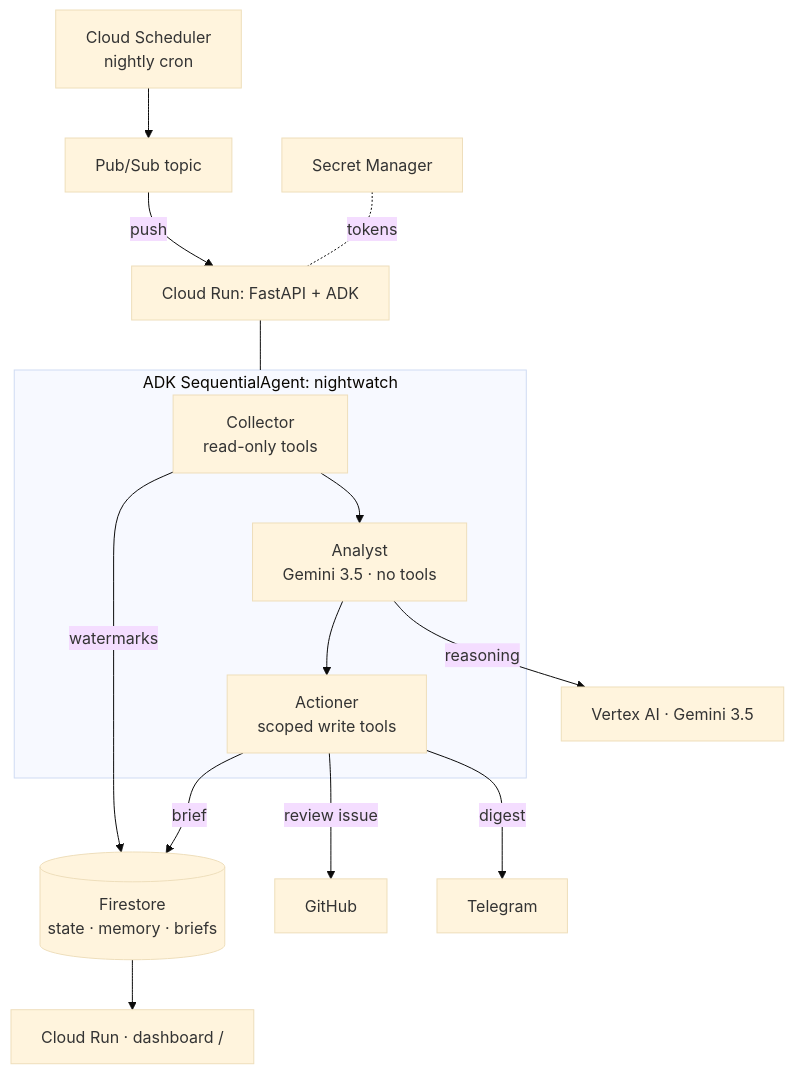
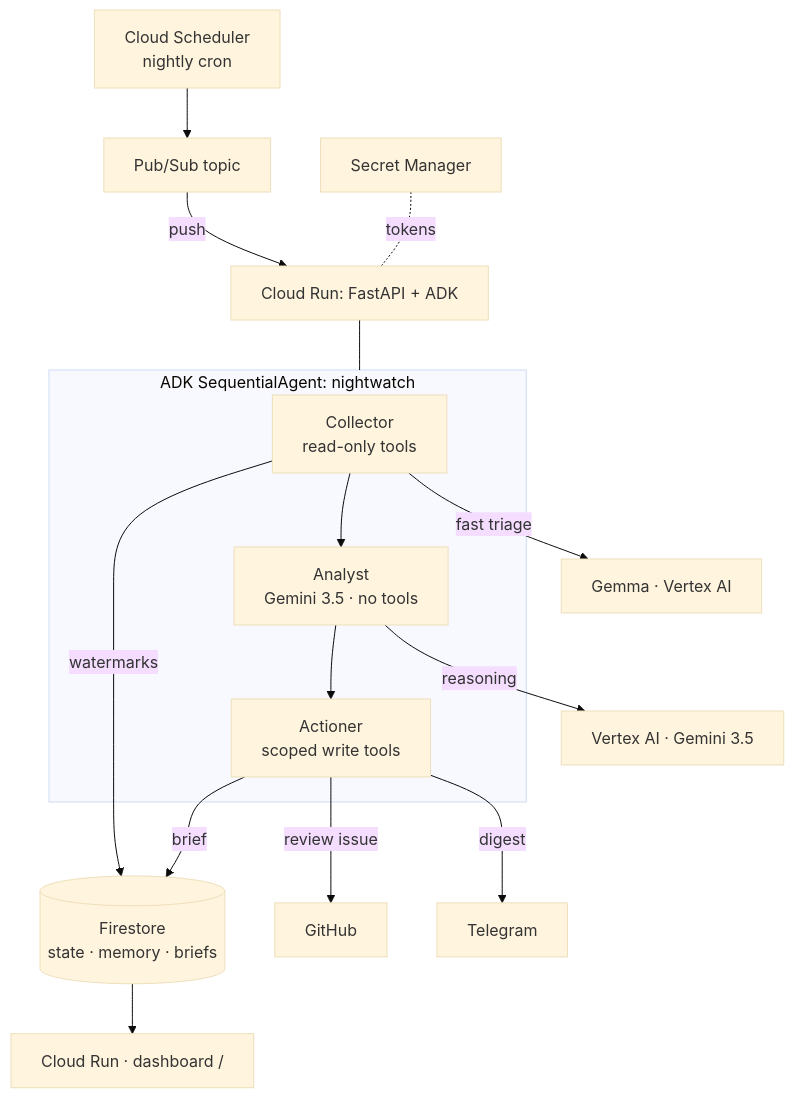
One commit to ephopho/nightwatch changed the diagram in README.md. Above: the diagram before and after it, drawn with Mermaid (base theme). The commit also changed other lines of this file and 4 other files, not shown here.

First line of the commit message:
Add Gemma triage stage — a second Google model (model routing)

````diff
--- a/README.md
+++ b/README.md
@@ -20,16 +20,17 @@
 ```mermaid
 flowchart TD
     SCH[Cloud Scheduler<br/>nightly cron] --> PS[Pub/Sub topic]
     PS -->|push| RUN[Cloud Run: FastAPI + ADK]
     subgraph PIPE["ADK SequentialAgent: nightwatch"]
       COL[Collector<br/>read-only tools] --> AN[Analyst<br/>Gemini 3.5 · no tools] --> ACT[Actioner<br/>scoped write tools]
     end
     RUN --- PIPE
     AN -->|reasoning| VTX[Vertex AI · Gemini 3.5]
+    COL -->|fast triage| GEM[Gemma · Vertex AI]
     COL -->|watermarks| FS[(Firestore<br/>state · memory · briefs)]
     ACT -->|brief| FS
     ACT -->|review issue| GH[GitHub]
     ACT -->|digest| TG[Telegram]
     FS --> DASH[Cloud Run · dashboard /]
     SM[Secret Manager] -. tokens .- RUN
 ```
````
